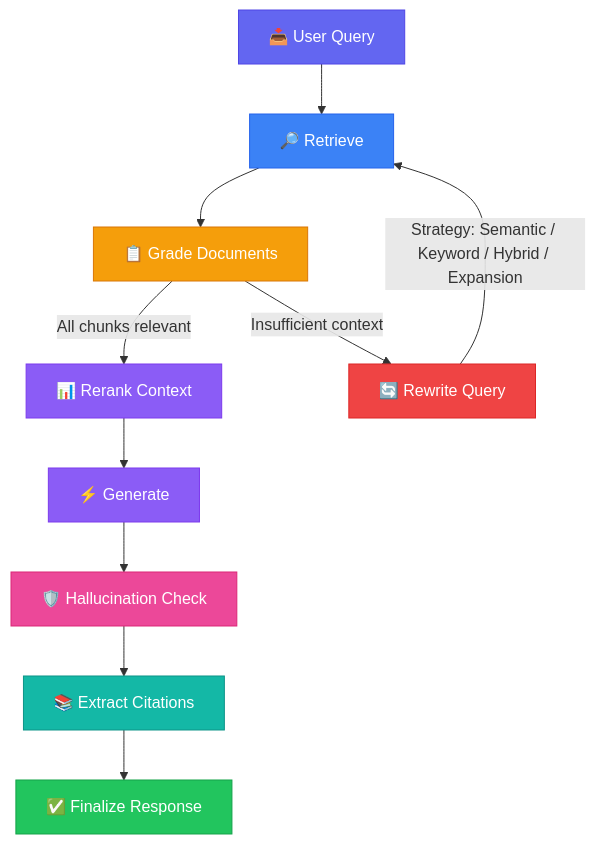
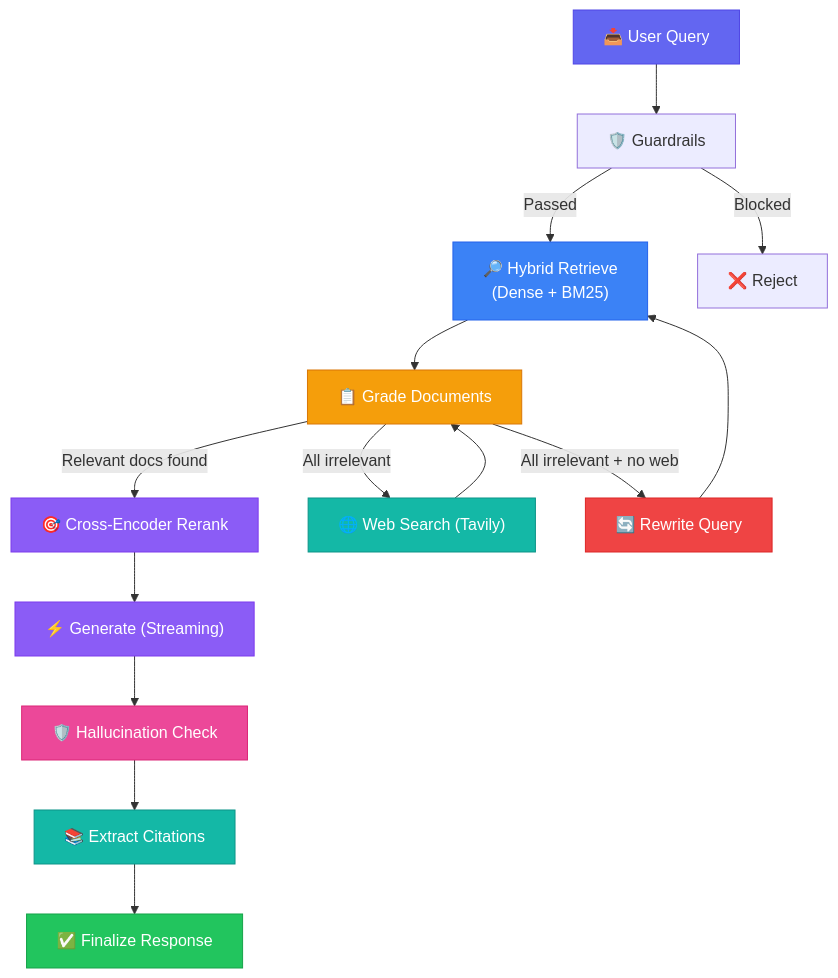
One commit to khalequzzamanlikhon/SentinelRAG changed the diagram in README.md. Above: the diagram before and after it, drawn with Mermaid. The commit also changed other lines of this file and 27 other files, not shown here.

First line of the commit message:
feat: SentinelRAG v2.1 — hybrid search, cross-encoder reranking, guardrails, streaming, web fallback

````diff
--- a/README.md
+++ b/README.md
@@ -94,22 +109,27 @@
 ```mermaid
 graph TD
-    A["📥 User Query"] --> B["🔎 Retrieve"]
+    A["📥 User Query"] --> G["🛡️ Guardrails"]
+    G -->|"Passed"| B["🔎 Hybrid Retrieve<br/>(Dense + BM25)"]
+    G -->|"Blocked"| X["❌ Reject"]
     B --> C["📋 Grade Documents"]
-    C -->|"All chunks relevant"| D["📊 Rerank Context"]
-    C -->|"Insufficient context"| E["🔄 Rewrite Query"]
-    E -->|"Strategy: Semantic / Keyword / Hybrid / Expansion"| B
-    D --> F["⚡ Generate"]
-    F --> G["🛡️ Hallucination Check"]
-    G --> H["📚 Extract Citations"]
-    H --> I["✅ Finalize Response"]
+    C -->|"Relevant docs found"| D["🎯 Cross-Encoder Rerank"]
+    C -->|"All irrelevant"| E["🌐 Web Search (Tavily)"]
+    C -->|"All irrelevant + no web"| F["🔄 Rewrite Query"]
+    E --> C
+    F --> B
+    D --> H["⚡ Generate (Streaming)"]
+    H --> I["🛡️ Hallucination Check"]
+    I --> J["📚 Extract Citations"]
+    J --> K["✅ Finalize Response"]
 
     style A fill:#6366f1,stroke:#4f46e5,color:#fff
     style B fill:#3b82f6,stroke:#2563eb,color:#fff
     style C fill:#f59e0b,stroke:#d97706,color:#fff
     style D fill:#8b5cf6,stroke:#7c3aed,color:#fff
-    style E fill:#ef4444,stroke:#dc2626,color:#fff
-    style F fill:#8b5cf6,stroke:#7c3aed,color:#fff
-    style G fill:#ec4899,stroke:#db2777,color:#fff
-    style H fill:#14b8a6,stroke:#0d9488,color:#fff
-    style I fill:#22c55e,stroke:#16a34a,color:#fff
+    style E fill:#14b8a6,stroke:#0d9488,color:#fff
+    style F fill:#ef4444,stroke:#dc2626,color:#fff
+    style H fill:#8b5cf6,stroke:#7c3aed,color:#fff
+    style I fill:#ec4899,stroke:#db2777,color:#fff
+    style J fill:#14b8a6,stroke:#0d9488,color:#fff
+    style K fill:#22c55e,stroke:#16a34a,color:#fff
 ```
````
